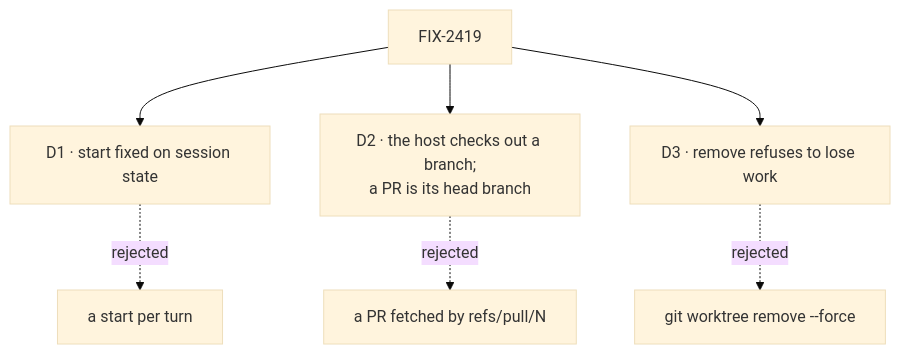
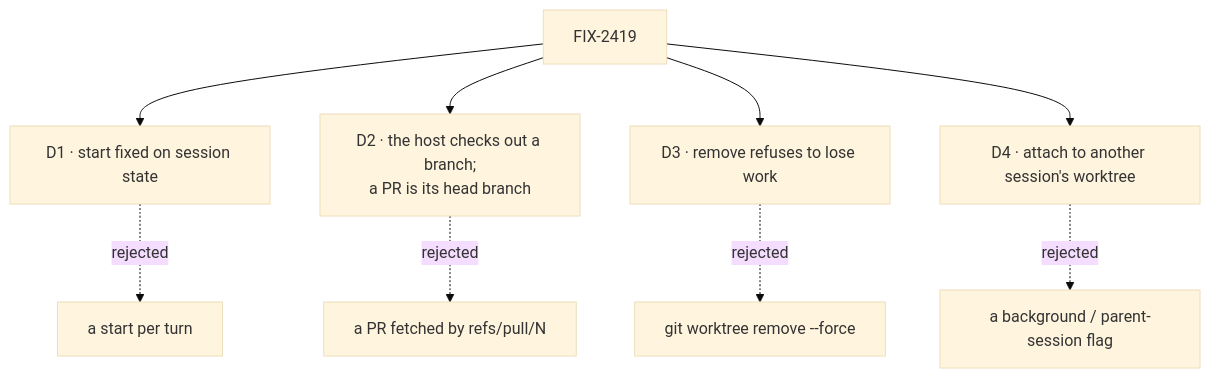
The diagram in specs/issues/FIX-2419/DECISIONS.md (fixpoint-labs/flow-state-dev), drawn with Mermaid (base theme) before and after one commit. The commit also changed other lines of this file and 1 other file, not shown here.

First line of the commit message:
spec(FIX-2419): D4, attach a session to another session's worktree

````diff
--- a/specs/issues/FIX-2419/DECISIONS.md
+++ b/specs/issues/FIX-2419/DECISIONS.md
@@ -9,9 +10,11 @@
 ```mermaid
 flowchart TD
   I["FIX-2419"] --> D1["D1 · start fixed on session state"]
   D1 -.->|"rejected"| X1["a start per turn"]
   I --> D2["D2 · the host checks out a branch;<br/>a PR is its head branch"]
   D2 -.->|"rejected"| X2["a PR fetched by refs/pull/N"]
   I --> D3["D3 · remove refuses to lose work"]
   D3 -.->|"rejected"| X3["git worktree remove --force"]
+  I --> D4["D4 · attach to another session's worktree"]
+  D4 -.->|"rejected"| X4["a background / parent-session flag"]
 ```
````
